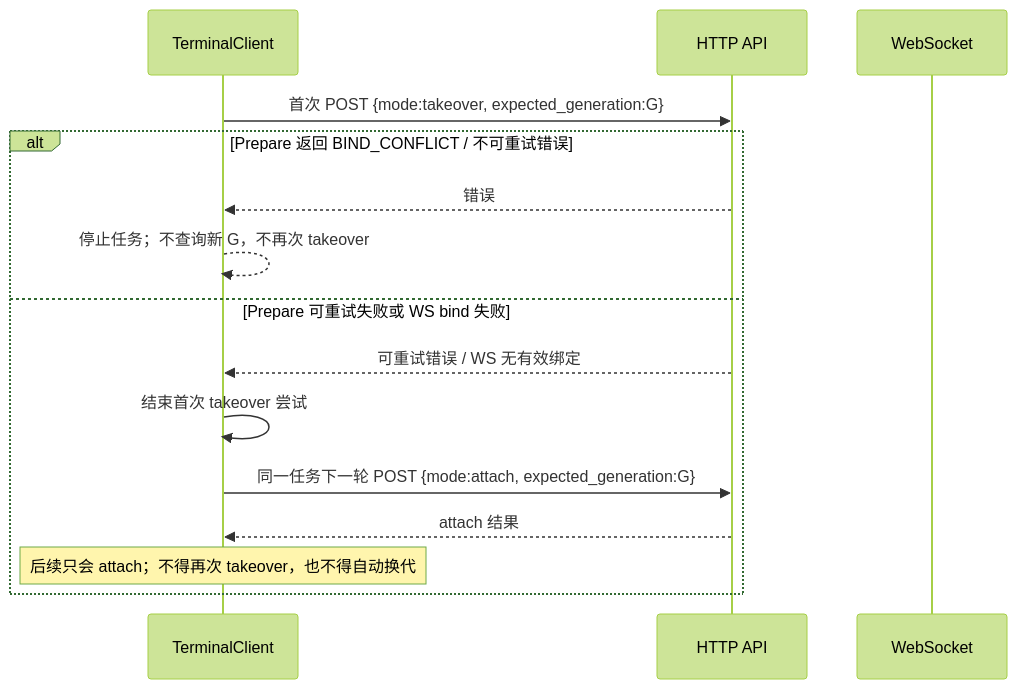
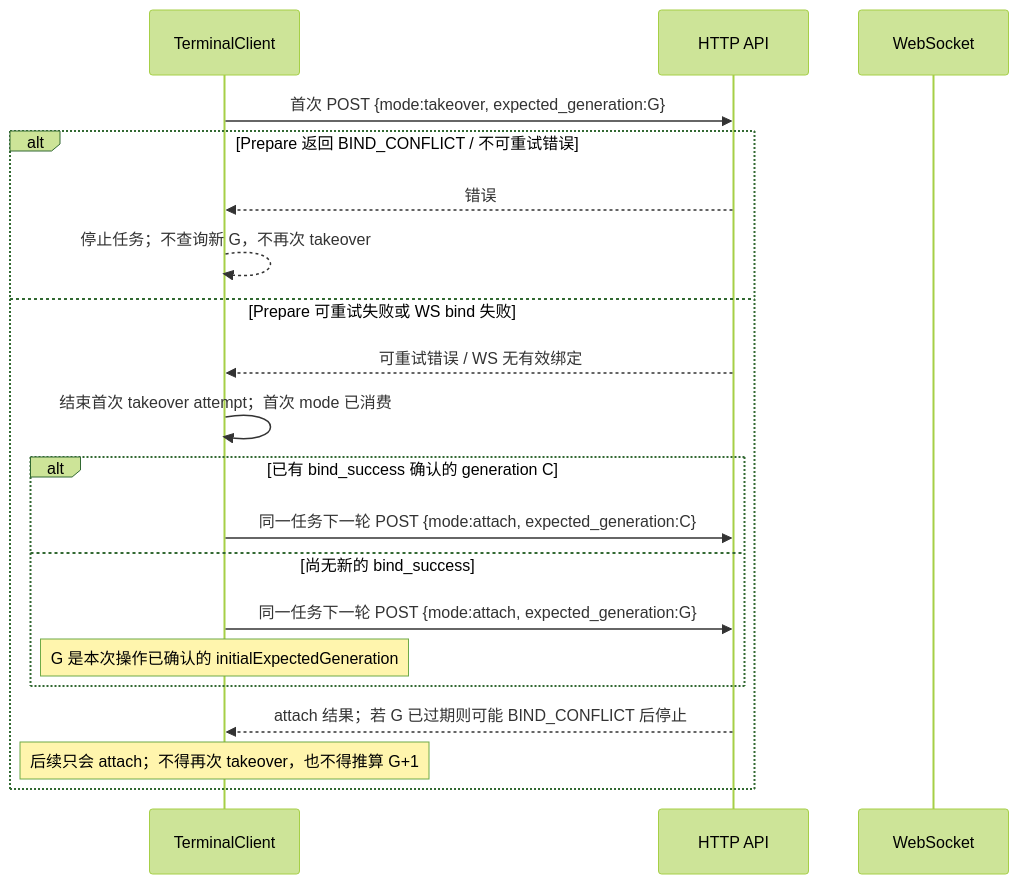
One commit to stearsc/web-ssh changed the sixth of 6 diagrams in doc/测试报告/stage-5-s5-design-review.md. Above: the diagram before and after it, drawn with Mermaid (forest theme). The commit also changed other lines of this file and 3 other files, not shown here.

````diff
--- a/doc/测试报告/stage-5-s5-design-review.md
+++ b/doc/测试报告/stage-5-s5-design-review.md
@@ -504,18 +506,23 @@
 ```mermaid
 sequenceDiagram
     participant C as TerminalClient
     participant H as HTTP API
     participant W as WebSocket
 
     C->>H: 首次 POST {mode:takeover, expected_generation:G}
     alt Prepare 返回 BIND_CONFLICT / 不可重试错误
         H-->>C: 错误
         C-->>C: 停止任务；不查询新 G，不再次 takeover
     else Prepare 可重试失败或 WS bind 失败
         H-->>C: 可重试错误 / WS 无有效绑定
-        C->>C: 结束首次 takeover 尝试
-        C->>H: 同一任务下一轮 POST {mode:attach, expected_generation:G}
-        H-->>C: attach 结果
-        Note over C: 后续只会 attach；不得再次 takeover，也不得自动换代
+        C->>C: 结束首次 takeover attempt；首次 mode 已消费
+        alt 已有 bind_success 确认的 generation C
+            C->>H: 同一任务下一轮 POST {mode:attach, expected_generation:C}
+        else 尚无新的 bind_success
+            C->>H: 同一任务下一轮 POST {mode:attach, expected_generation:G}
+            Note over C: G 是本次操作已确认的 initialExpectedGeneration
+        end
+        H-->>C: attach 结果；若 G 已过期则可能 BIND_CONFLICT 后停止
+        Note over C: 后续只会 attach；不得再次 takeover，也不得推算 G+1
     end
 ```
````
